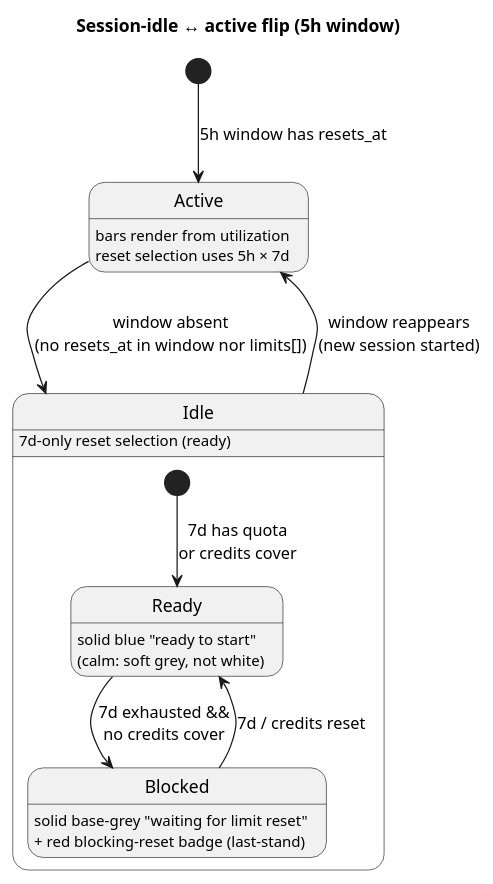
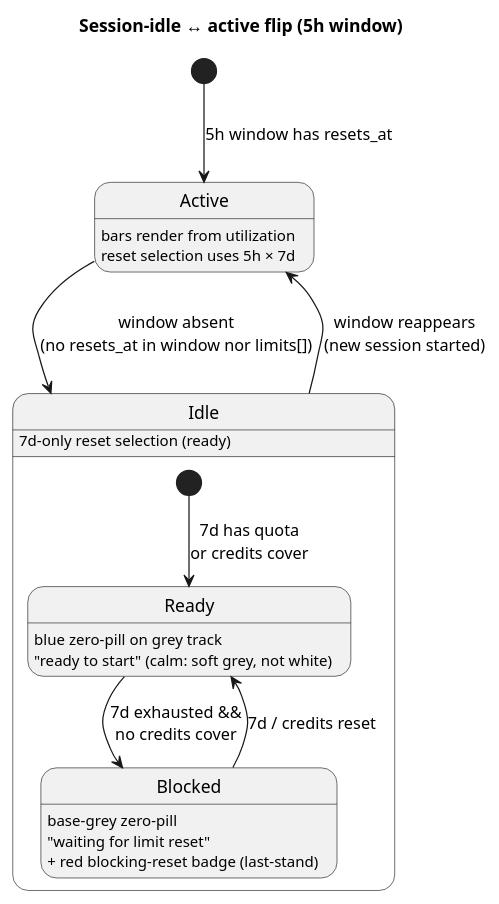
Before and after one commit to artem-from-ua/tokenpace: the fifth of 6 diagrams in docs/reference/architecture/data-flow.md, drawn with PlantUML. The commit also changed other lines of this file and 12 other files, not shown here.

````diff
--- a/docs/reference/architecture/data-flow.md
+++ b/docs/reference/architecture/data-flow.md
@@ -148,18 +151,18 @@
 ```plantuml
 @startuml
 title Session-idle ↔ active flip (5h window)
 [*] --> Active : 5h window has resets_at
 Active --> Idle : window absent\n(no resets_at in window nor limits[])
 Idle --> Active : window reappears\n(new session started)
 Active : bars render from utilization
 Active : reset selection uses 5h × 7d
 state Idle {
   [*] --> Ready : 7d has quota\nor credits cover
   Ready --> Blocked : 7d exhausted &&\nno credits cover
   Blocked --> Ready : 7d / credits reset
-  Ready : solid blue "ready to start"\n(calm: soft grey, not white)
-  Blocked : solid base-grey "waiting for limit reset"\n+ red blocking-reset badge (last-stand)
+  Ready : blue zero-pill on grey track\n"ready to start" (calm: soft grey, not white)
+  Blocked : base-grey zero-pill\n"waiting for limit reset"\n+ red blocking-reset badge (last-stand)
 }
 Idle : 7d-only reset selection (ready)
 @enduml
 ```
````
